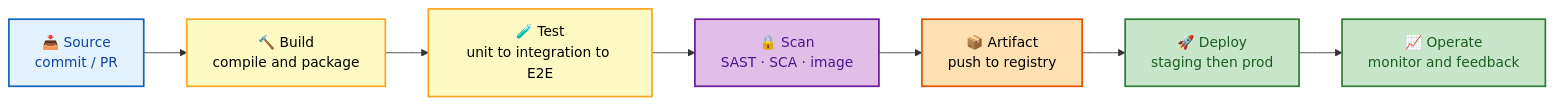
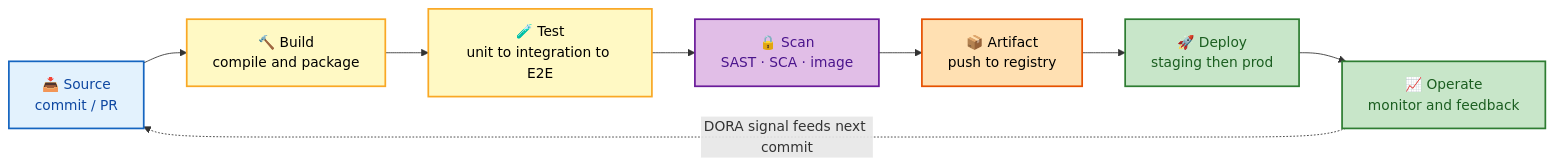
One commit to rakesh-budde/devops-guide changed the second of 2 diagrams in cicd/README.md. Above: the diagram before and after it, drawn with Mermaid. The commit also changed other lines of this file and 127 other files, not shown here.

````diff
--- a/cicd/README.md
+++ b/cicd/README.md
@@ -58,20 +88,21 @@
 ```mermaid
 flowchart LR
     classDef start fill:#e3f2fd,stroke:#1565c0,color:#0d47a1,stroke-width:2px;
-    classDef proc fill:#fff9c4,stroke:#f9a825,color:#000,stroke-width:2px;
-    classDef good fill:#c8e6c9,stroke:#2e7d32,color:#1b5e20,stroke-width:2px;
-    classDef bad fill:#ffcdd2,stroke:#c62828,color:#b71c1c,stroke-width:2px;
-    classDef ctrl fill:#e1bee7,stroke:#6a1b9a,color:#4a148c,stroke-width:2px;
+    classDef proc  fill:#fff9c4,stroke:#f9a825,color:#000,stroke-width:2px;
+    classDef good  fill:#c8e6c9,stroke:#2e7d32,color:#1b5e20,stroke-width:2px;
+    classDef bad   fill:#ffcdd2,stroke:#c62828,color:#b71c1c,stroke-width:2px;
+    classDef ctrl  fill:#e1bee7,stroke:#6a1b9a,color:#4a148c,stroke-width:2px;
     classDef store fill:#ffe0b2,stroke:#e65100,color:#000,stroke-width:2px;
     A["📥 Source<br/>commit / PR"] --> B["🔨 Build<br/>compile and package"]
     B --> C["🧪 Test<br/>unit to integration to E2E"]
     C --> D["🔒 Scan<br/>SAST · SCA · image"]
     D --> E["📦 Artifact<br/>push to registry"]
     E --> F["🚀 Deploy<br/>staging then prod"]
     F --> G["📈 Operate<br/>monitor and feedback"]
+    G -.->|"DORA signal feeds next commit"| A
     class A start
     class B,C proc
     class D ctrl
     class E store
     class F,G good
 ```
````
